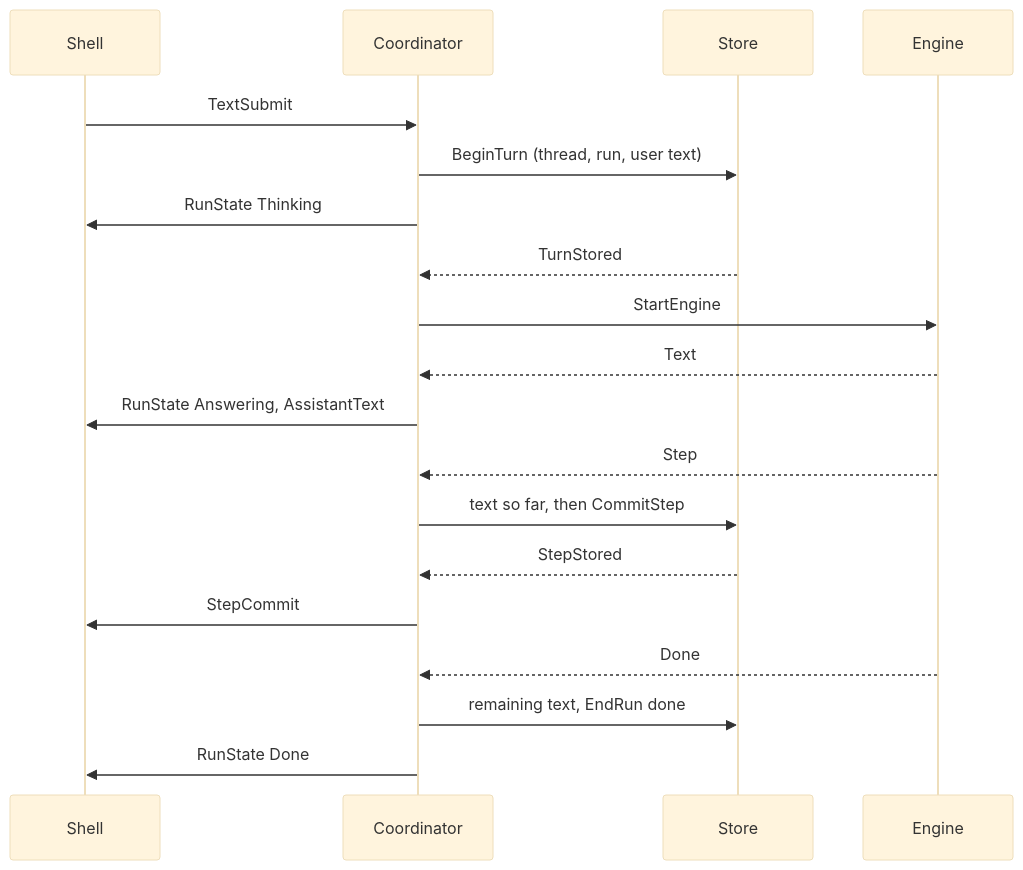
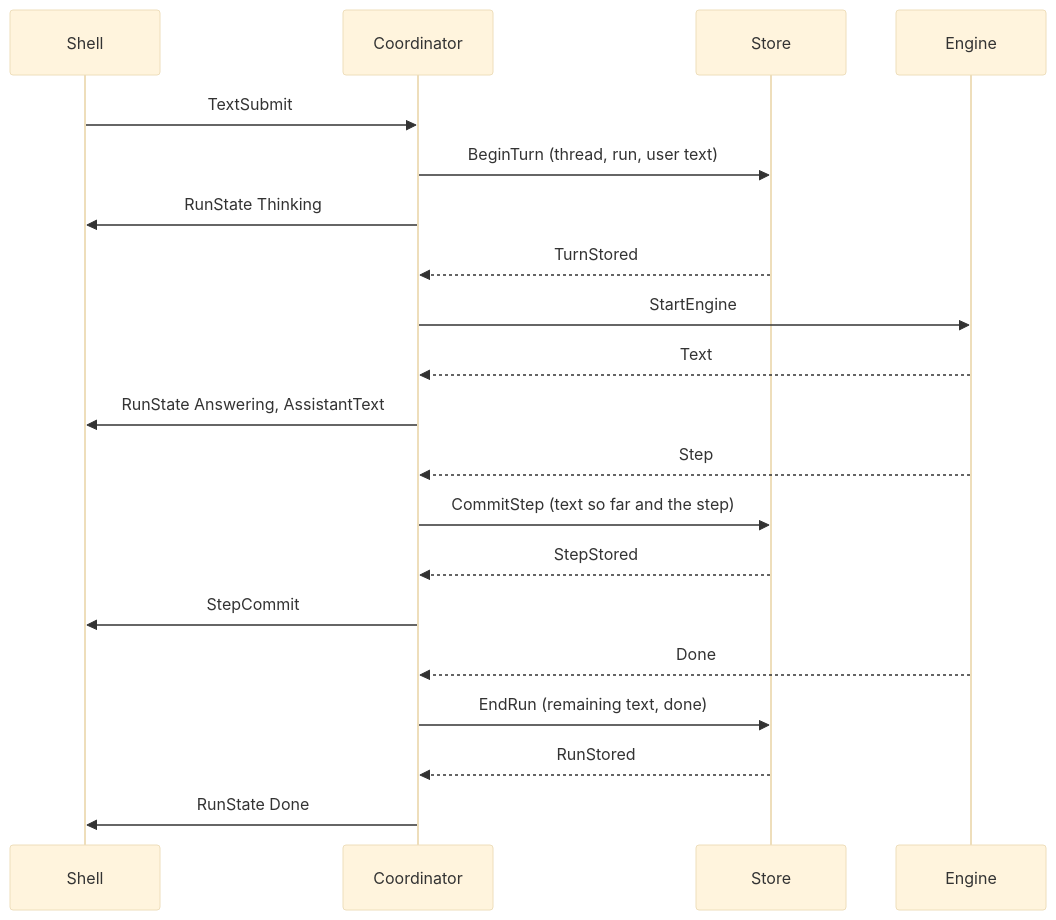
One commit to labcoder/capsula changed the diagram in docs/development/runs.md. Above: the diagram before and after it, drawn with Mermaid (base theme). The commit also changed other lines of this file and 6 other files, not shown here.

````diff
--- a/docs/development/runs.md
+++ b/docs/development/runs.md
@@ -19,21 +19,22 @@
 ```mermaid
 sequenceDiagram
   participant S as Shell
   participant C as Coordinator
   participant DB as Store
   participant E as Engine
   S->>C: TextSubmit
   C->>DB: BeginTurn (thread, run, user text)
   C->>S: RunState Thinking
   DB-->>C: TurnStored
   C->>E: StartEngine
   E-->>C: Text
   C->>S: RunState Answering, AssistantText
   E-->>C: Step
-  C->>DB: text so far, then CommitStep
+  C->>DB: CommitStep (text so far and the step)
   DB-->>C: StepStored
   C->>S: StepCommit
   E-->>C: Done
-  C->>DB: remaining text, EndRun done
+  C->>DB: EndRun (remaining text, done)
+  DB-->>C: RunStored
   C->>S: RunState Done
 ```
````
